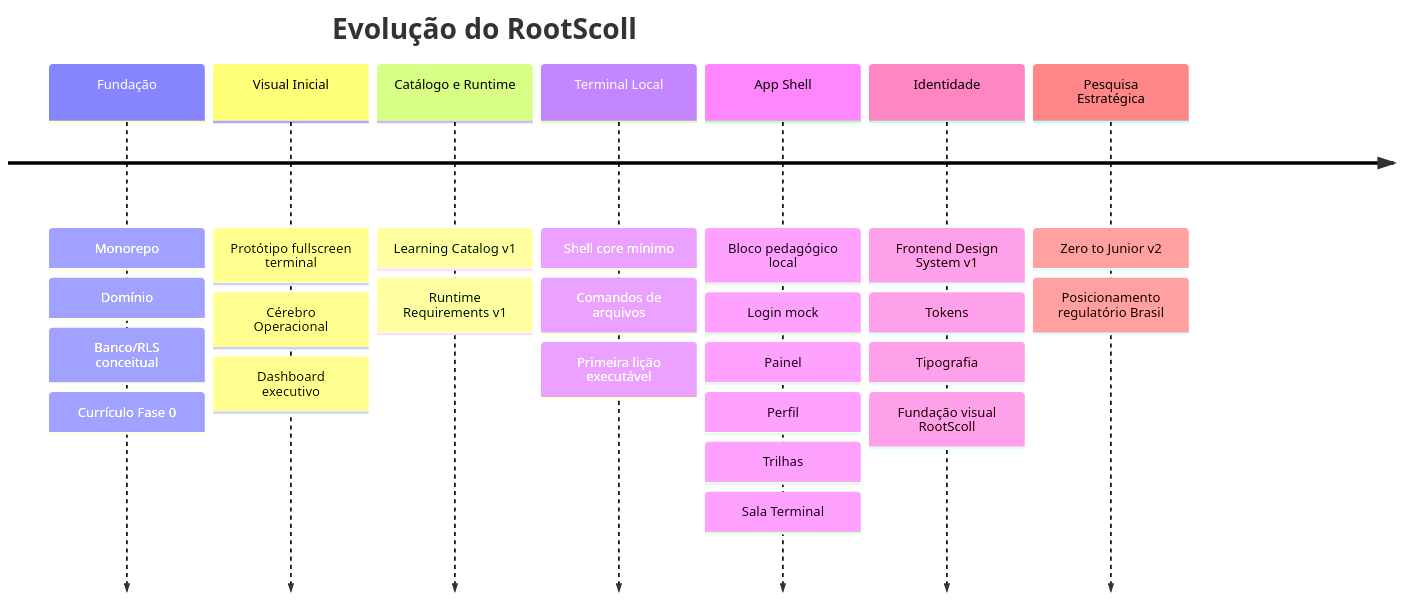
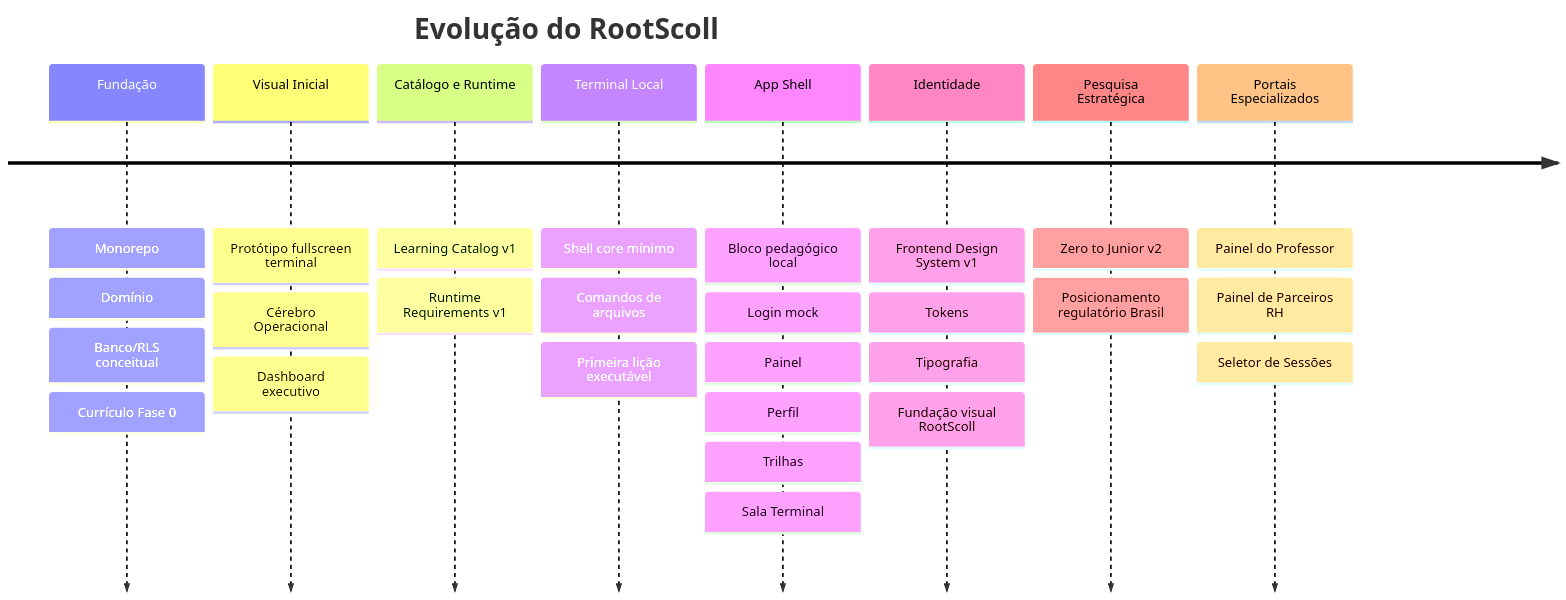
The fourth of 4 diagrams in docs/operations/visual-operational-brain.md (reinaldogramachof-hash/RootScoll), drawn with Mermaid before and after one commit. The commit also changed other lines of this file and 18 other files, not shown here.

````diff
--- a/docs/operations/visual-operational-brain.md
+++ b/docs/operations/visual-operational-brain.md
@@ -114,11 +114,12 @@
 ```mermaid
 timeline
     title Evolução do RootScoll
     Fundação : Monorepo : Domínio : Banco/RLS conceitual : Currículo Fase 0
     Visual Inicial : Protótipo fullscreen terminal : Cérebro Operacional : Dashboard executivo
     Catálogo e Runtime : Learning Catalog v1 : Runtime Requirements v1
     Terminal Local : Shell core mínimo : Comandos de arquivos : Primeira lição executável
     App Shell : Bloco pedagógico local : Login mock : Painel : Perfil : Trilhas : Sala Terminal
     Identidade : Frontend Design System v1 : Tokens : Tipografia : Fundação visual RootScoll
     Pesquisa Estratégica : Zero to Junior v2 : Posicionamento regulatório Brasil
+    Portais Especializados : Painel do Professor : Painel de Parceiros RH : Seletor de Sessões
 ```
````
